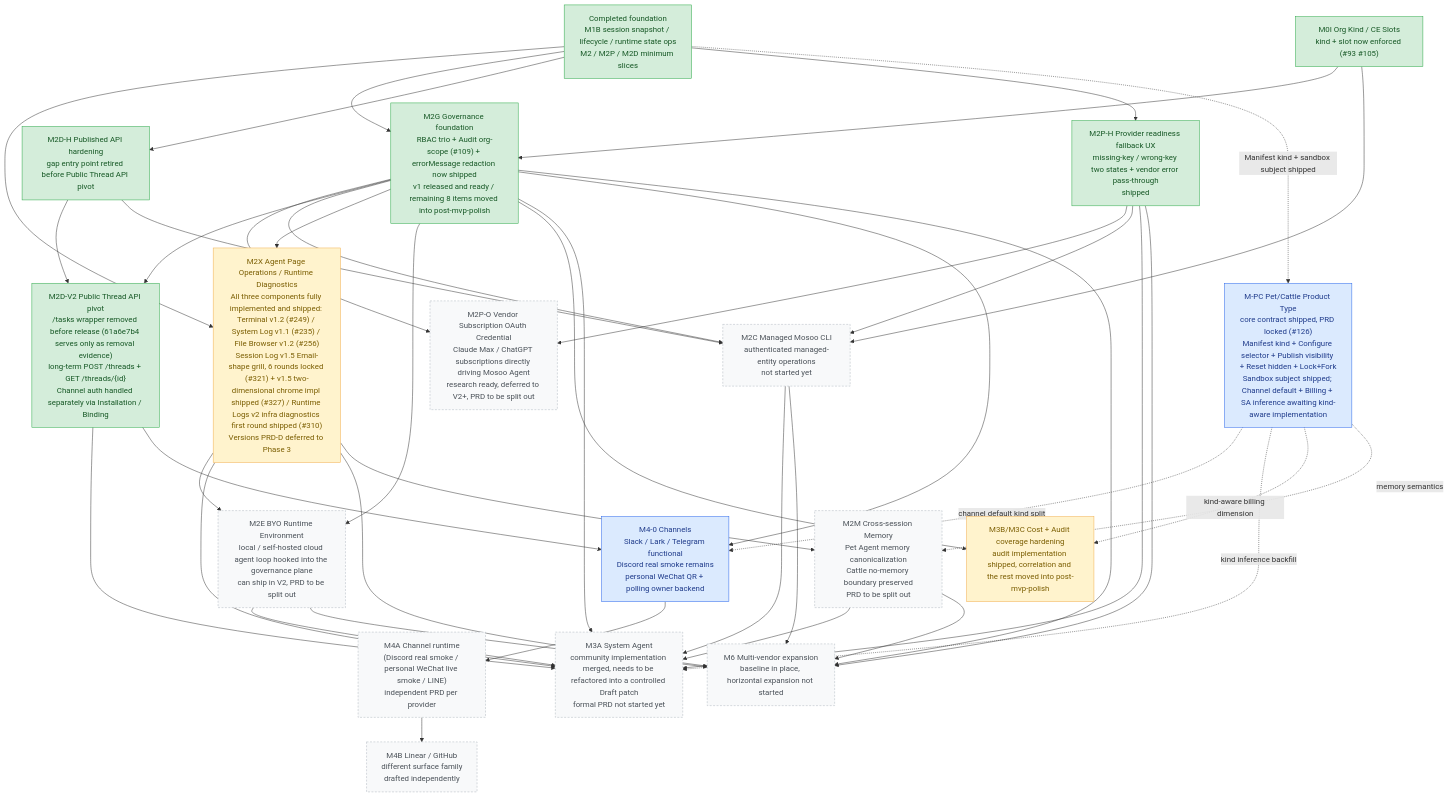
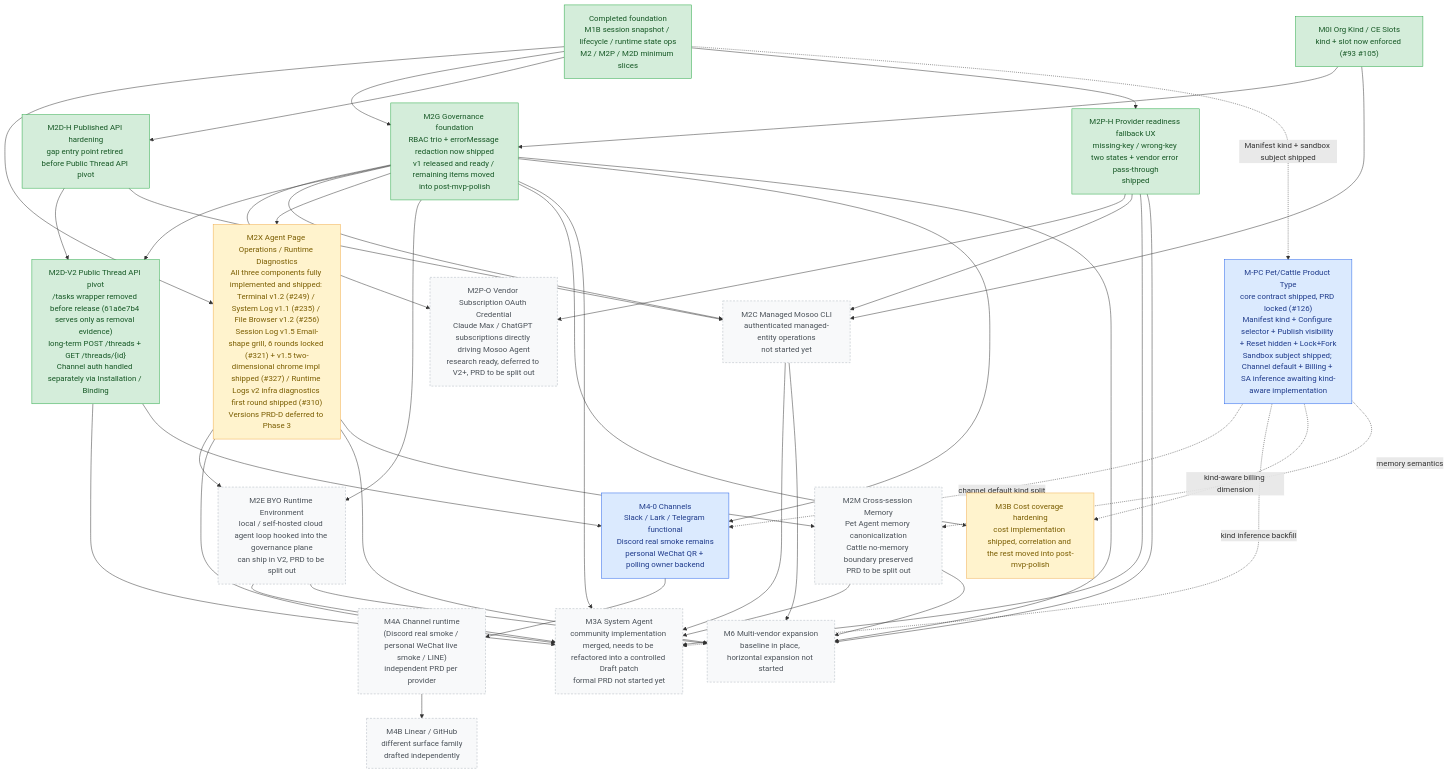
One commit to langgenius/mosoo changed the diagram in README.md. Above: the diagram before and after it, drawn with Mermaid. The commit also changed other lines of this file and 167 other files, not shown here.

````diff
--- a/README.md
+++ b/README.md
@@ -49,63 +49,63 @@
 ```mermaid
 flowchart TD
   classDef done fill:#d4edda,stroke:#28a745,color:#155724
   classDef inflight fill:#fff3cd,stroke:#f0ad4e,color:#7a5d00
   classDef locked fill:#dbeafe,stroke:#2563eb,color:#1e3a8a
   classDef todo fill:#f8f9fa,stroke:#adb5bd,color:#495057,stroke-dasharray:4 3
 
   Base["Completed foundation<br/>M1B session snapshot / lifecycle / runtime state ops<br/>M2 / M2P / M2D minimum slices"]:::done
   OrgKind["M0I Org Kind / CE Slots<br/>kind + slot now enforced (#93 #105)"]:::done
 
   Base --> Diagnostics["M2X Agent Page Operations / Runtime Diagnostics<br/>All three components fully implemented and shipped: Terminal v1.2 (#249) / System Log v1.1 (#235) / File Browser v1.2 (#256)<br/>Session Log v1.5 Email-shape grill, 6 rounds locked (#321) + v1.5 two-dimensional chrome impl shipped (#327) / Runtime Logs v2 infra diagnostics first round shipped (#310)<br/>Versions PRD-D deferred to Phase 3"]:::inflight
-  Base --> Gov["M2G Governance foundation<br/>RBAC trio + Audit org-scope (#109) + errorMessage redaction now shipped<br/>v1 released and ready / remaining 8 items moved into post-mvp-polish"]:::done
+  Base --> Gov["M2G Governance foundation<br/>RBAC trio + errorMessage redaction now shipped<br/>v1 released and ready / remaining items moved into post-mvp-polish"]:::done
   Base --> Api["M2D-H Published API hardening<br/>gap entry point retired before Public Thread API pivot"]:::done
   Api --> ThreadApi["M2D-V2 Public Thread API pivot<br/>/tasks wrapper removed before release (61a6e7b4 serves only as removal evidence)<br/>long-term POST /threads + GET /threads/{id}<br/>Channel auth handled separately via Installation / Binding"]:::done
   Base --> Provider["M2P-H Provider readiness fallback UX<br/>missing-key / wrong-key two states + vendor error pass-through<br/>shipped"]:::done
   Provider --> SubOAuth["M2P-O Vendor Subscription OAuth Credential<br/>Claude Max / ChatGPT subscriptions directly driving Mosoo Agent<br/>research ready, deferred to V2+, PRD to be split out"]:::todo
   Gov --> SubOAuth
 
   OrgKind --> Gov
   OrgKind --> Cli
 
   Gov --> ThreadApi
 
   Api --> Cli["M2C Managed Mosoo CLI<br/>authenticated managed-entity operations<br/>not started yet"]:::todo
   Gov --> Cli
   Provider --> Cli
 
   Gov --> Diagnostics
   Diagnostics --> ByoEnv["M2E BYO Runtime Environment<br/>local / self-hosted cloud agent loop hooked into the governance plane<br/>can ship in V2, PRD to be split out"]:::todo
   Gov --> ByoEnv
 
-  Gov --> CostAudit["M3B/M3C Cost + Audit coverage hardening<br/>audit implementation shipped, correlation and the rest moved into post-mvp-polish"]:::inflight
+  Gov --> Cost["M3B Cost coverage hardening<br/>cost implementation shipped, correlation and the rest moved into post-mvp-polish"]:::inflight
 
   Gov --> Sys["M3A System Agent<br/>community implementation merged, needs to be refactored into a controlled Draft patch<br/>formal PRD not started yet"]:::todo
   Provider --> Sys
   Diagnostics --> Sys
   Cli --> Sys
   ThreadApi --> Sys
   ByoEnv --> Sys
 
   ThreadApi --> Channel["M4-0 Channels<br/>Slack / Lark / Telegram functional<br/>Discord real smoke remains<br/>personal WeChat QR + polling owner backend"]:::locked
   Gov --> Channel
   Channel --> Im["M4A Channel runtime<br/>(Discord real smoke / personal WeChat live smoke / LINE)<br/>independent PRD per provider"]:::todo
   Im --> Work["M4B Linear / GitHub<br/>different surface family<br/>drafted independently"]:::todo
 
   Diagnostics --> Vendors["M6 Multi-vendor expansion<br/>baseline in place, horizontal expansion not started"]:::todo
   Provider --> Vendors
   Gov --> Vendors
   Cli --> Vendors
   ByoEnv --> Vendors
 
   %% --- Pet/Cattle orthogonal fork (2026-05-09 decision, 2026-05-10 PRD locked, cross-node increment) ---
   PC["M-PC Pet/Cattle Product Type<br/>core contract shipped, PRD locked (#126)<br/>Manifest kind + Configure selector + Publish visibility + Reset hidden + Lock+Fork<br/>Sandbox subject shipped; Channel default + Billing + SA inference awaiting kind-aware implementation"]:::locked
   Memory["M2M Cross-session Memory<br/>Pet Agent memory canonicalization<br/>Cattle no-memory boundary preserved<br/>PRD to be split out"]:::todo
   Base -.Manifest kind + sandbox subject shipped.-> PC
   PC -.channel default kind split.-> Channel
   PC -.kind inference backfill.-> Sys
-  PC -.kind-aware billing dimension.-> CostAudit
+  PC -.kind-aware billing dimension.-> Cost
   PC -.memory semantics.-> Memory
   Diagnostics --> Memory
   Memory --> Sys
   Memory --> Vendors
 ```
````
